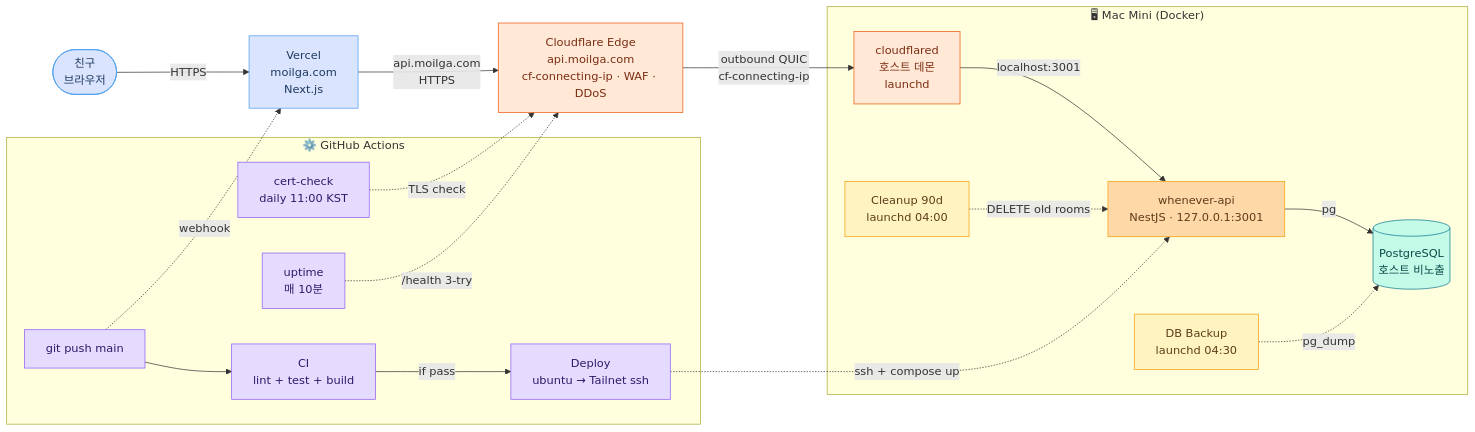
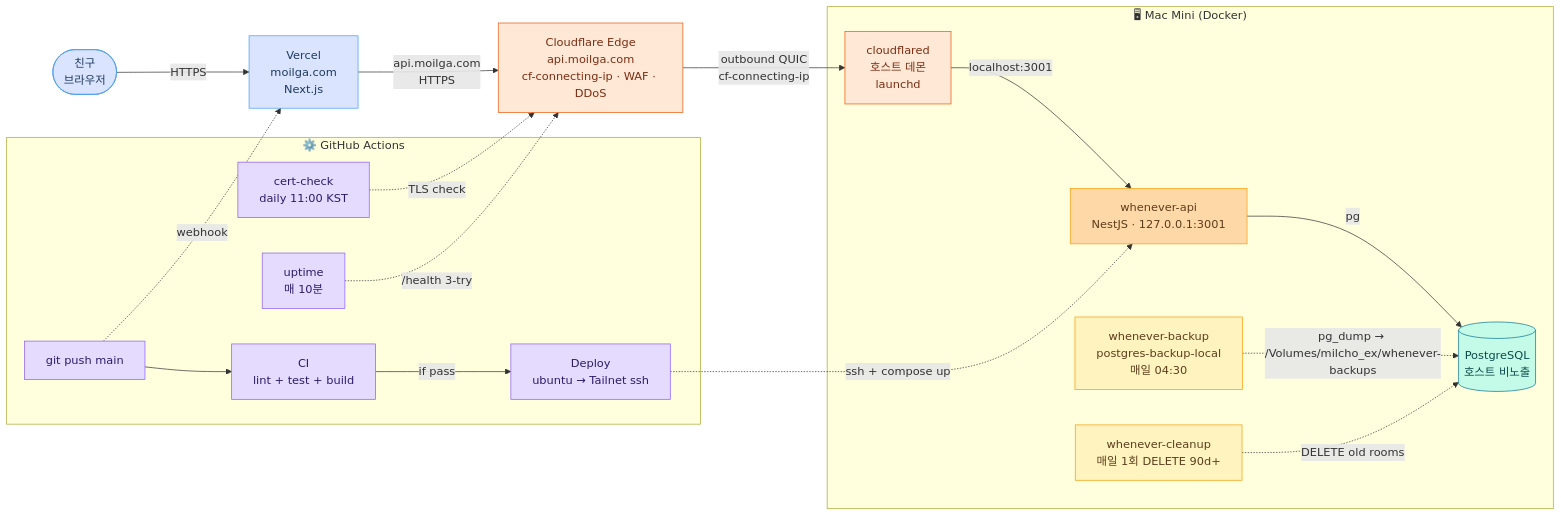
The diagram in README.md (milcho0604/daypoll), drawn with Mermaid before and after one commit. The commit also changed other lines of this file and 6 other files, not shown here.

````diff
--- a/README.md
+++ b/README.md
@@ -84,51 +84,51 @@
 ```mermaid
 flowchart LR
   classDef front fill:#dbe4ff,stroke:#4a9eed,color:#1e3a5f
   classDef edge fill:#ffe8d6,stroke:#ea580c,color:#7c2d12
   classDef back fill:#ffd8a8,stroke:#f59e0b,color:#5c3d1a
   classDef data fill:#c3fae8,stroke:#0e7490,color:#0c4a4a
   classDef ops fill:#fff3bf,stroke:#f59e0b,color:#5c3d1a
   classDef ci fill:#e5dbff,stroke:#8b5cf6,color:#2d1b69
 
   User([친구<br/>브라우저]):::front
   Vercel[Vercel<br/>moilga.com<br/>Next.js]:::front
   CF[Cloudflare Edge<br/>api.moilga.com<br/>cf-connecting-ip · WAF · DDoS]:::edge
   Cloudflared[cloudflared<br/>호스트 데몬<br/>launchd]:::edge
   API[whenever-api<br/>NestJS · 127.0.0.1:3001]:::back
   PG[(PostgreSQL<br/>호스트 비노출)]:::data
-  Backup[DB Backup<br/>launchd 04:30]:::ops
-  Cleanup[Cleanup 90d<br/>launchd 04:00]:::ops
+  Backup[whenever-backup<br/>postgres-backup-local<br/>매일 04:30]:::ops
+  Cleanup[whenever-cleanup<br/>매일 1회 DELETE 90d+]:::ops
 
   subgraph Mac["🖥 Mac Mini (Docker)"]
     Cloudflared
     API
     PG
     Backup
     Cleanup
   end
 
   Push[git push main]:::ci
   CI[CI<br/>lint + test + build]:::ci
   Deploy[Deploy<br/>ubuntu → Tailnet ssh]:::ci
   Cert[cert-check<br/>daily 11:00 KST]:::ci
   Uptime[uptime<br/>매 10분]:::ci
 
   subgraph GHA["⚙️ GitHub Actions"]
     Push --> CI
     CI -->|if pass| Deploy
     Cert
     Uptime
   end
 
   User -->|HTTPS| Vercel
   Vercel -->|api.moilga.com<br/>HTTPS| CF
   CF -->|outbound QUIC<br/>cf-connecting-ip| Cloudflared
   Cloudflared -->|localhost:3001| API
   API -->|pg| PG
-  Backup -.->|pg_dump| PG
-  Cleanup -.->|DELETE old rooms| API
+  Backup -.->|pg_dump → /Volumes/milcho_ex/whenever-backups| PG
+  Cleanup -.->|DELETE old rooms| PG
   Deploy -.->|ssh + compose up| API
   Push -.->|webhook| Vercel
   Cert -.->|TLS check| CF
   Uptime -.->|/health 3-try| CF
 ```
````
